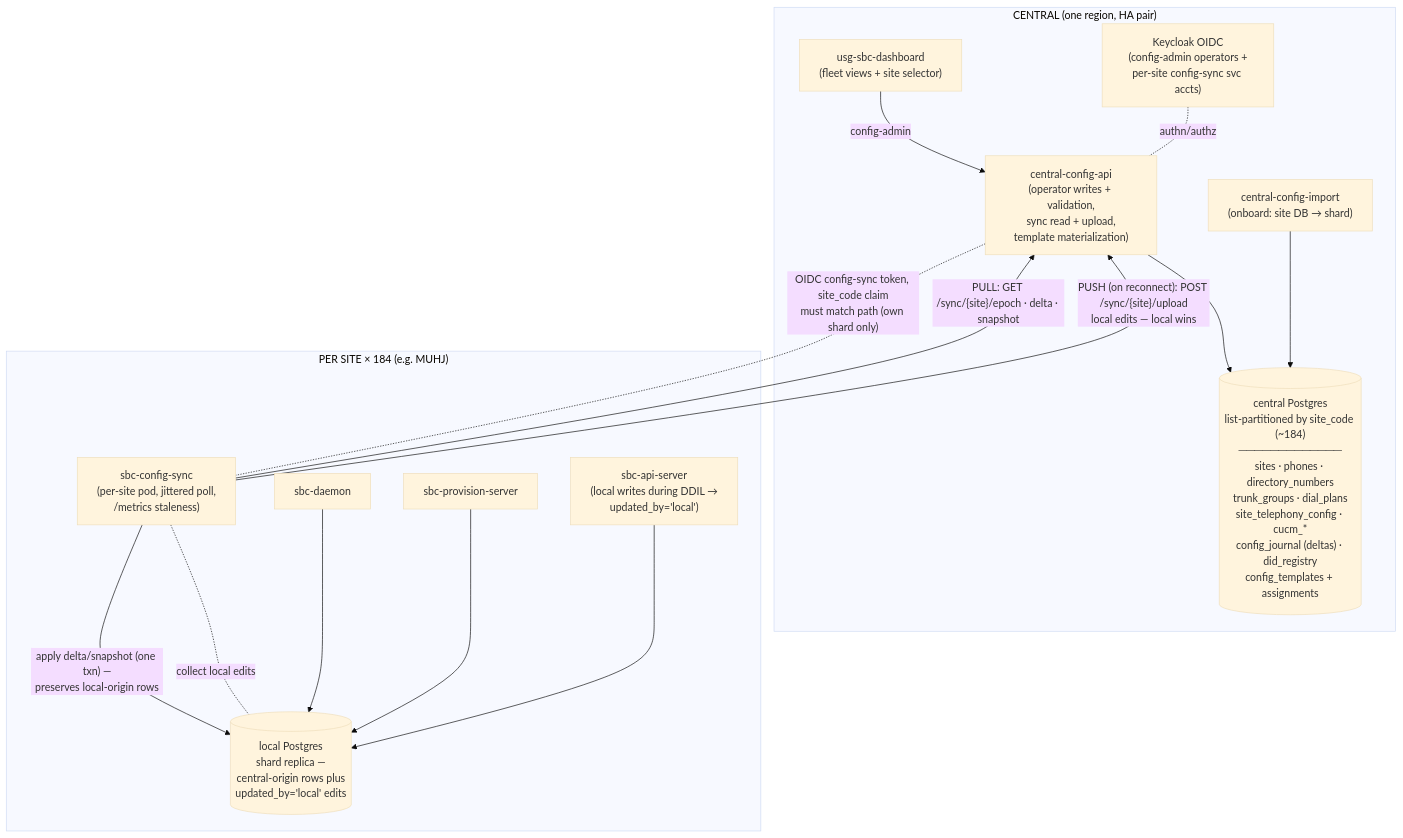
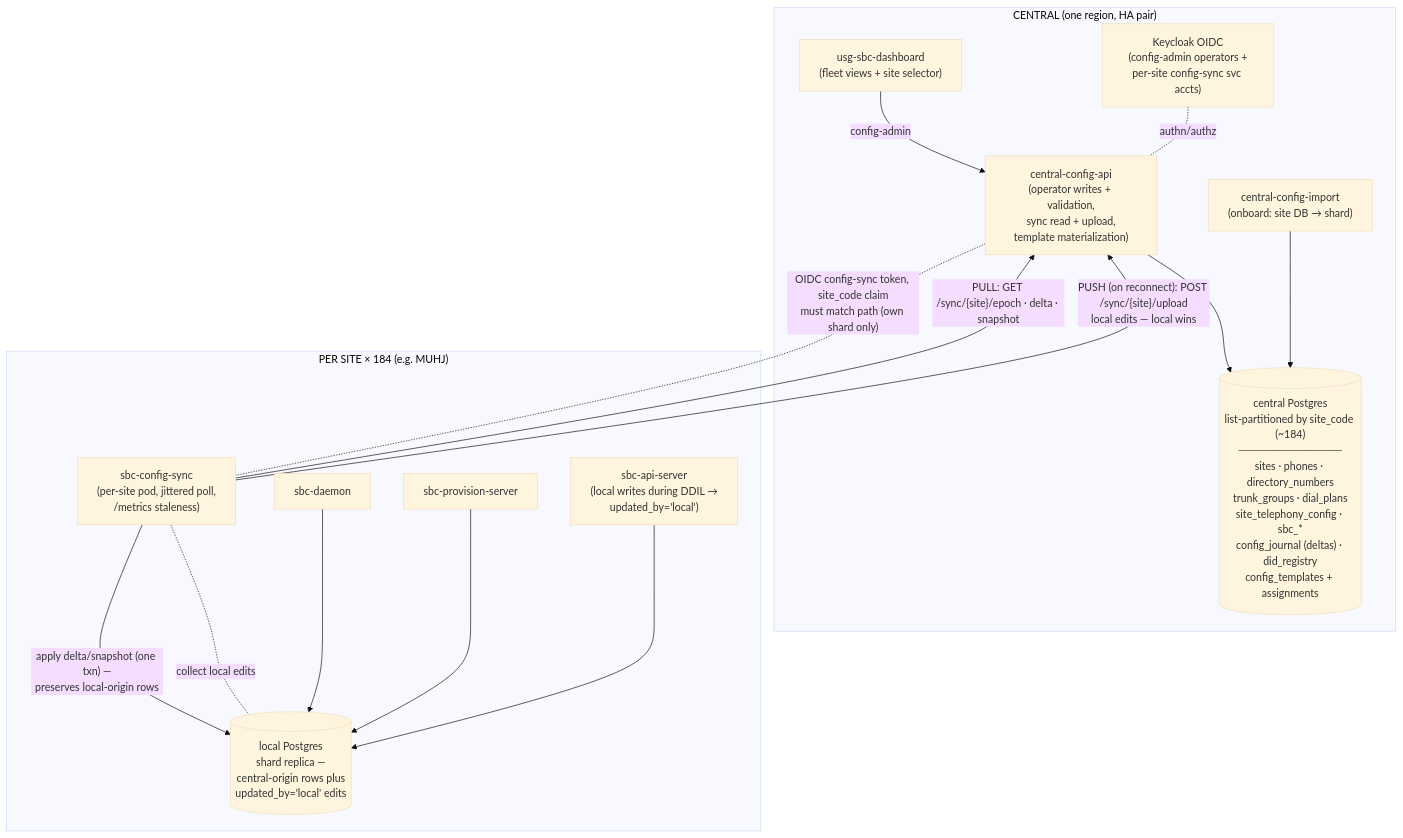
The first of 2 diagrams in docs/CENTRAL-CONFIG-PLAN.md (192d-Wing/usg-uc), drawn with Mermaid (base theme) before and after one commit. The commit also changed other lines of this file and 33 other files, not shown here.

First line of the commit message:
refactor: rename CUCM -> SBC across the whole stack

````diff
--- a/docs/CENTRAL-CONFIG-PLAN.md
+++ b/docs/CENTRAL-CONFIG-PLAN.md
@@ -40,31 +40,31 @@
 ```mermaid
 flowchart TB
     subgraph central["CENTRAL (one region, HA pair)"]
         dashboard["usg-sbc-dashboard<br/>(fleet views + site selector)"]
         api["central-config-api<br/>(operator writes + validation,<br/>sync read + upload,<br/>template materialization)"]
         kc["Keycloak OIDC<br/>(config-admin operators +<br/>per-site config-sync svc accts)"]
-        pg[("central Postgres<br/>list-partitioned by site_code (~184)<br/>─────────────<br/>sites · phones · directory_numbers<br/>trunk_groups · dial_plans<br/>site_telephony_config · cucm_*<br/>config_journal (deltas) · did_registry<br/>config_templates + assignments")]
+        pg[("central Postgres<br/>list-partitioned by site_code (~184)<br/>─────────────<br/>sites · phones · directory_numbers<br/>trunk_groups · dial_plans<br/>site_telephony_config · sbc_*<br/>config_journal (deltas) · did_registry<br/>config_templates + assignments")]
         importer["central-config-import<br/>(onboard: site DB → shard)"]
         dashboard -- "config-admin" --> api
         kc -. "authn/authz" .- api
         api --> pg
         importer --> pg
     end
 
     subgraph site["PER SITE × 184 (e.g. MUHJ)"]
         sync["sbc-config-sync<br/>(per-site pod, jittered poll,<br/>/metrics staleness)"]
         localpg[("local Postgres<br/>shard replica —<br/>central-origin rows plus<br/>updated_by='local' edits")]
         daemon["sbc-daemon"]
         prov["sbc-provision-server"]
         siteapi["sbc-api-server<br/>(local writes during DDIL →<br/>updated_by='local')"]
         sync -- "apply delta/snapshot (one txn) —<br/>preserves local-origin rows" --> localpg
         sync -. "collect local edits" .- localpg
         daemon --> localpg
         prov --> localpg
         siteapi --> localpg
     end
 
     sync -- "PULL: GET /sync/{site}/epoch · delta · snapshot" --> api
     sync -- "PUSH (on reconnect): POST /sync/{site}/upload<br/>local edits — local wins" --> api
     api -. "OIDC config-sync token, site_code claim<br/>must match path (own shard only)" .- sync
 ```
````
